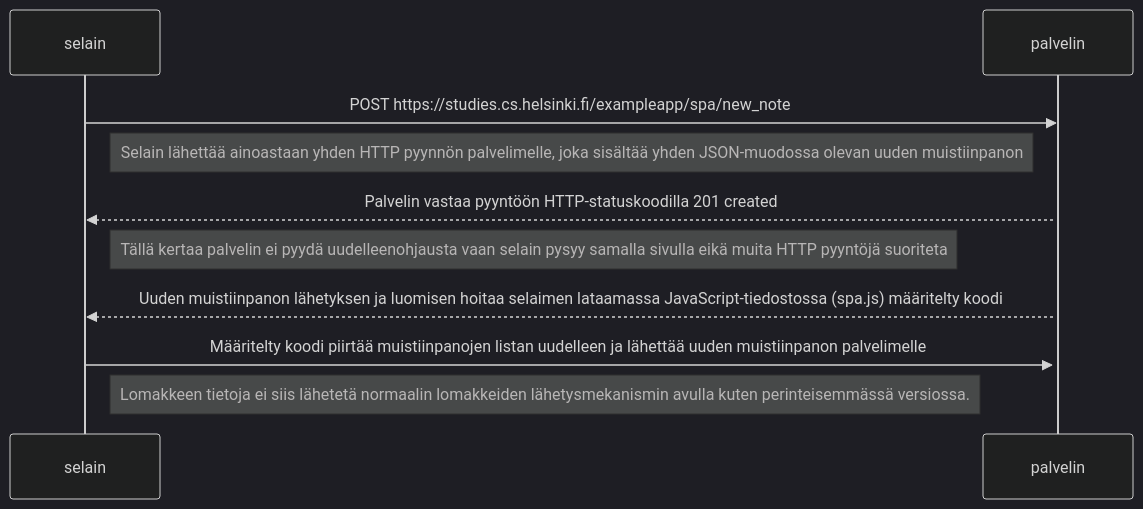
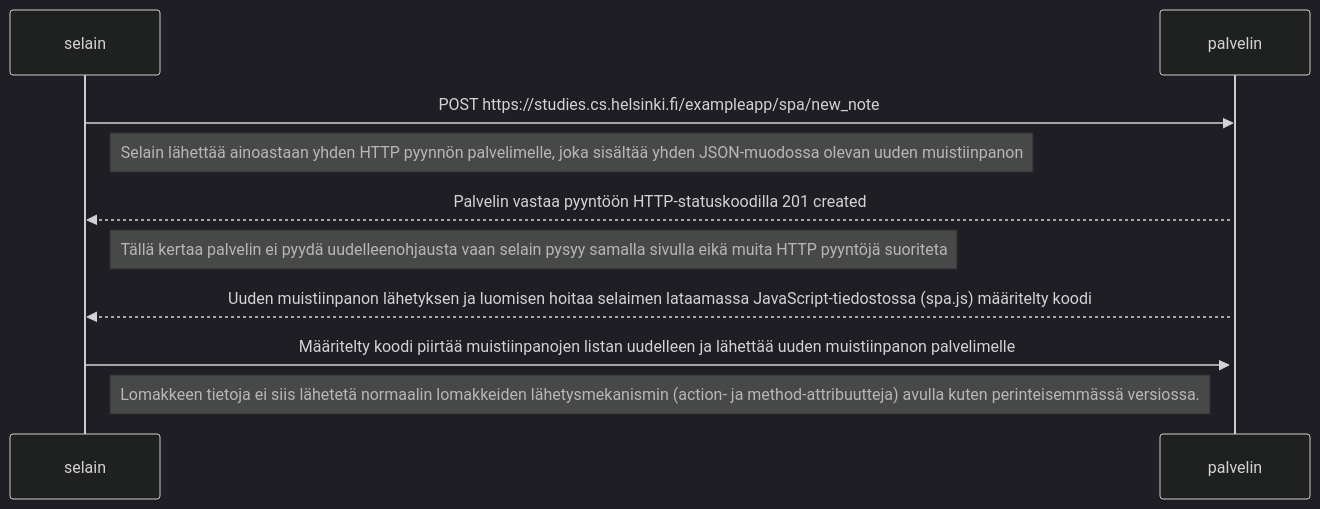
Before and after one commit to superjunnu/fullstackopen: the diagram in osa0/0.6/uusimuistiinpano_spa.md, drawn with Mermaid (dark theme).

````diff
--- a/osa0/0.6/uusimuistiinpano_spa.md
+++ b/osa0/0.6/uusimuistiinpano_spa.md
@@ -1,22 +1,22 @@
 ```mermaid
 sequenceDiagram
     participant selain
     participant palvelin
     
     selain->>palvelin: POST https://studies.cs.helsinki.fi/exampleapp/spa/new_note
 
 Note right of selain: Selain lähettää ainoastaan yhden HTTP pyynnön palvelimelle, joka sisältää yhden JSON-muodossa olevan uuden muistiinpanon
 
     activate palvelin
     palvelin-->>selain: Palvelin vastaa pyyntöön HTTP-statuskoodilla 201 created
 
 Note right of selain: Tällä kertaa palvelin ei pyydä uudelleenohjausta vaan selain pysyy samalla sivulla eikä muita HTTP pyyntöjä suoriteta
     
  
     palvelin-->>selain: Uuden muistiinpanon lähetyksen ja luomisen hoitaa selaimen lataamassa JavaScript-tiedostossa (spa.js) määritelty koodi
     selain->>palvelin: Määritelty koodi piirtää muistiinpanojen listan uudelleen ja lähettää uuden muistiinpanon palvelimelle
 
-Note right of selain: Lomakkeen tietoja ei siis lähetetä normaalin lomakkeiden lähetysmekanismin avulla kuten perinteisemmässä versiossa. 
+Note right of selain: Lomakkeen tietoja ei siis lähetetä normaalin lomakkeiden lähetysmekanismin (action- ja method-attribuutteja) avulla kuten perinteisemmässä versiossa. 
 
   
 ```
````
